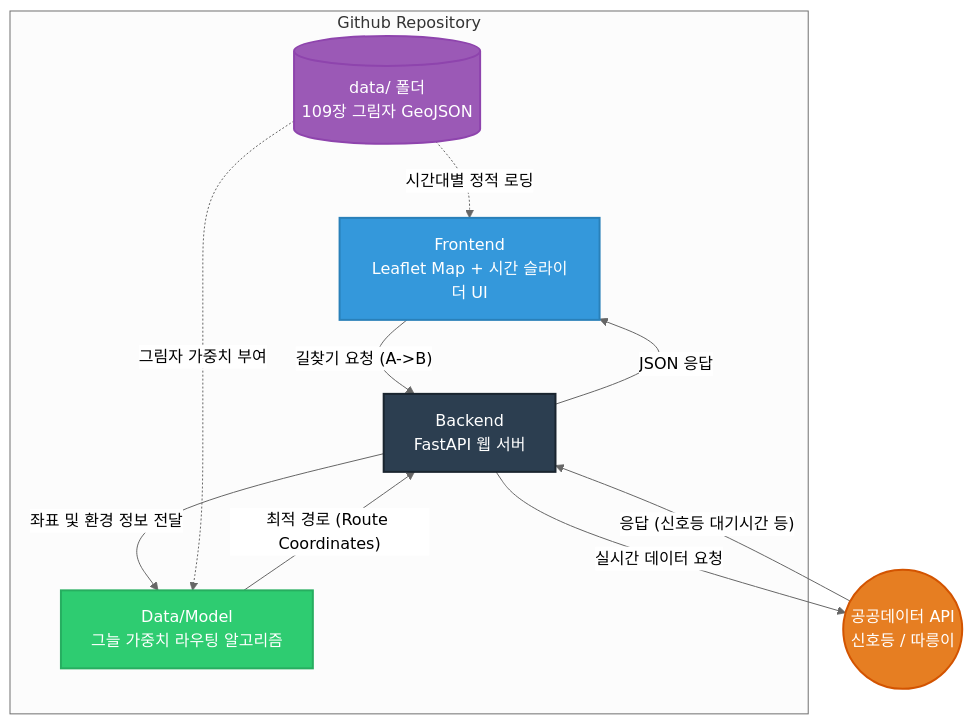
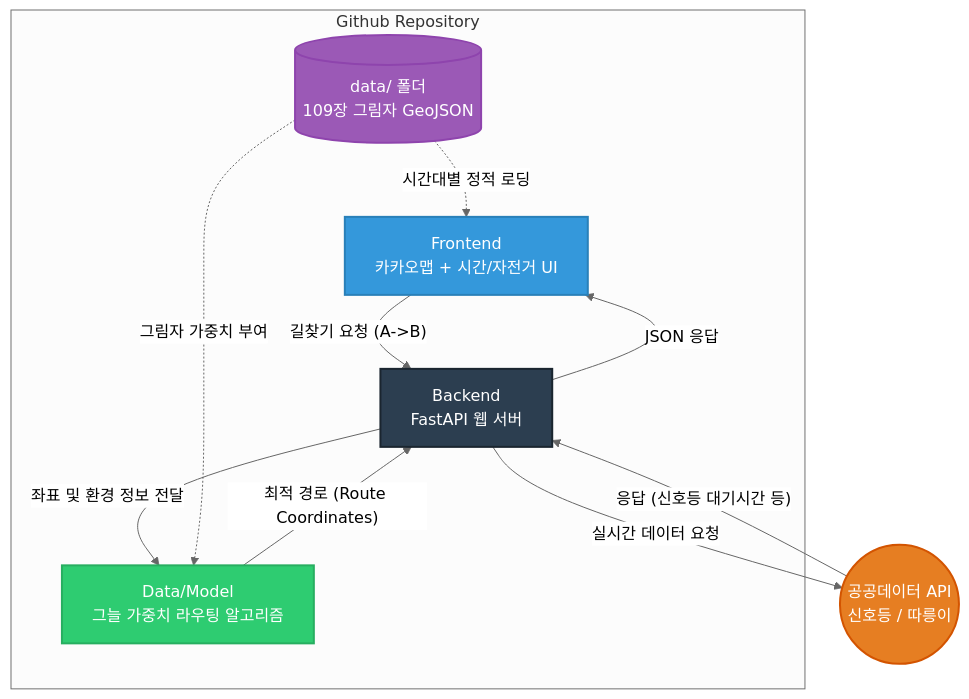
One commit to msjoon0811/shadow-nav changed the diagram in README.md. Above: the diagram before and after it, drawn with Mermaid (neutral theme). The commit also changed other lines of this file, not shown here.

Commit message:
docs: switch from Leaflet to Kakao Map API

````diff
--- a/README.md
+++ b/README.md
@@ -21,29 +21,29 @@
 ```mermaid
 graph TD
     %% Styling
     classDef frontend fill:#3498db,stroke:#2980b9,stroke-width:2px,color:#fff;
     classDef precalc fill:#9b59b6,stroke:#8e44ad,stroke-width:2px,color:#fff;
     classDef api fill:#e67e22,stroke:#d35400,stroke-width:2px,color:#fff;
     classDef backend fill:#2c3e50,stroke:#1a252f,stroke-width:2px,color:#fff;
     classDef model fill:#2ecc71,stroke:#27ae60,stroke-width:2px,color:#fff;
 
     subgraph Github Repository
-        UI[Frontend<br>Leaflet Map + 시간 슬라이더 UI]:::frontend
+        UI[Frontend<br>카카오맵 + 시간/자전거 UI]:::frontend
         API_SERVER[Backend<br>FastAPI 웹 서버]:::backend
         MODEL[Data/Model<br>그늘 가중치 라우팅 알고리즘]:::model
         DB[(data/ 폴더<br>109장 그림자 GeoJSON)]:::precalc
     end
 
     PUB_API((공공데이터 API<br>신호등 / 따릉이)):::api
 
     UI -- "길찾기 요청 (A->B)" --> API_SERVER
     API_SERVER -- "실시간 데이터 요청" --> PUB_API
     PUB_API -- "응답 (신호등 대기시간 등)" --> API_SERVER
     
     API_SERVER -- "좌표 및 환경 정보 전달" --> MODEL
     DB -. "그림자 가중치 부여" .-> MODEL
     MODEL -- "최적 경로 (Route Coordinates)" --> API_SERVER
     
     API_SERVER -- "JSON 응답" --> UI
     DB -. "시간대별 정적 로딩" .-> UI
 ```
````
